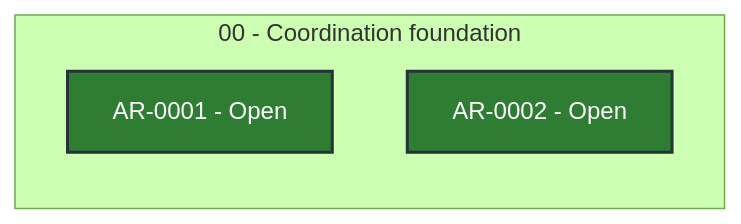
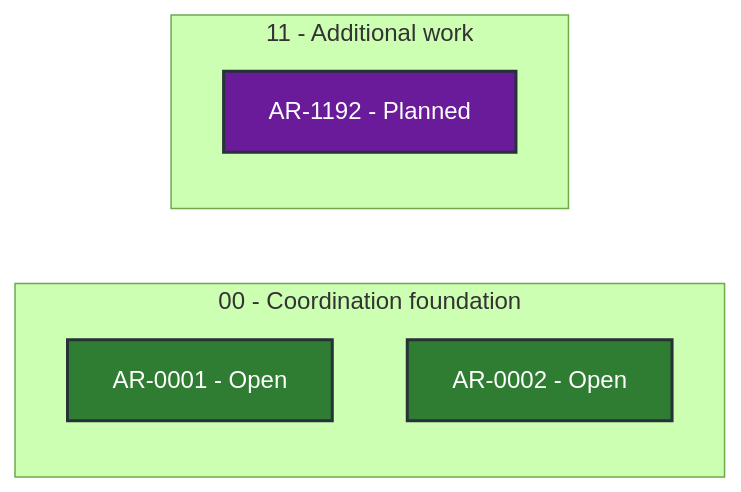
The diagram in STATUS.md (martin-beck/asb-tui-state), drawn with Mermaid (forest theme) before and after one commit. The commit also changed other lines of this file and 1 other file, not shown here.

````diff
--- a/STATUS.md
+++ b/STATUS.md
@@ -27,16 +27,20 @@
 ```mermaid
 flowchart LR
     subgraph series_00["00 - Coordination foundation"]
         direction TB
         AR_0001["AR-0001 - Open"]:::status_open
         AR_0002["AR-0002 - Open"]:::status_open
+    end
+    subgraph series_11["11 - Additional work"]
+        direction TB
+        AR_1192["AR-1192 - Planned"]:::status_planned
     end
     classDef status_in_progress fill:#1565c0,color:#ffffff,stroke:#263238,stroke-width:2px
     classDef status_open fill:#2e7d32,color:#ffffff,stroke:#263238,stroke-width:2px
     classDef status_blocked fill:#c62828,color:#ffffff,stroke:#263238,stroke-width:2px
     classDef status_planned fill:#6a1b9a,color:#ffffff,stroke:#263238,stroke-width:2px
     classDef status_future fill:#455a64,color:#ffffff,stroke:#263238,stroke-width:2px
     classDef status_done fill:#00695c,color:#ffffff,stroke:#263238,stroke-width:2px
     classDef status_cancelled fill:#616161,color:#ffffff,stroke:#263238,stroke-width:2px
     classDef status_superseded fill:#5d4037,color:#ffffff,stroke:#263238,stroke-width:2px
 ```
````
